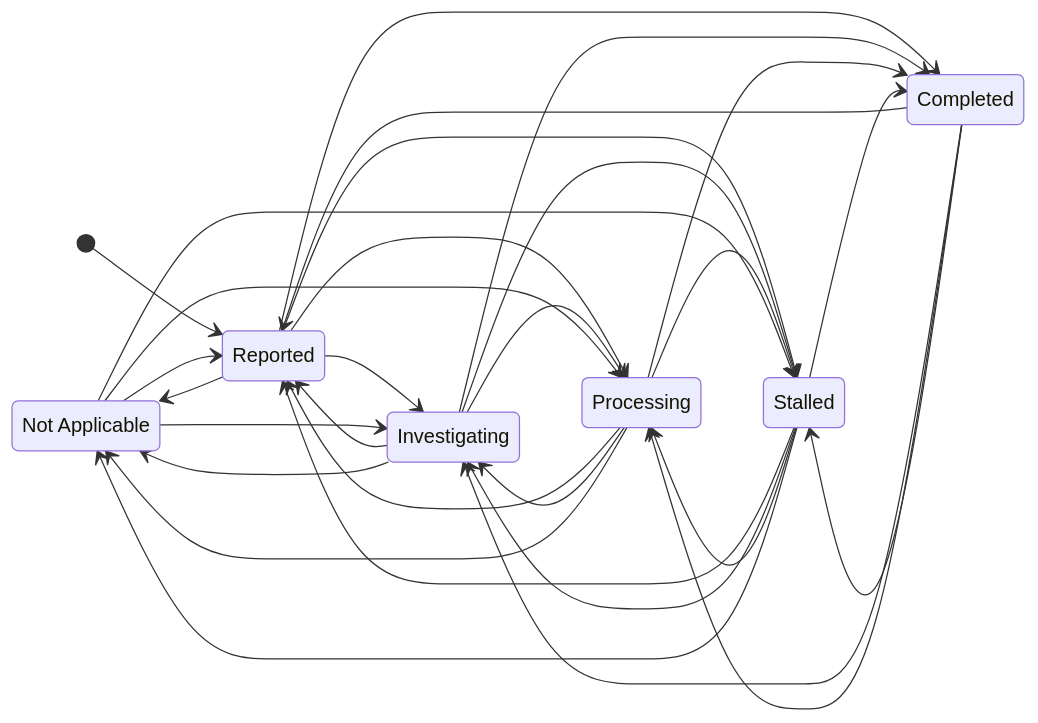
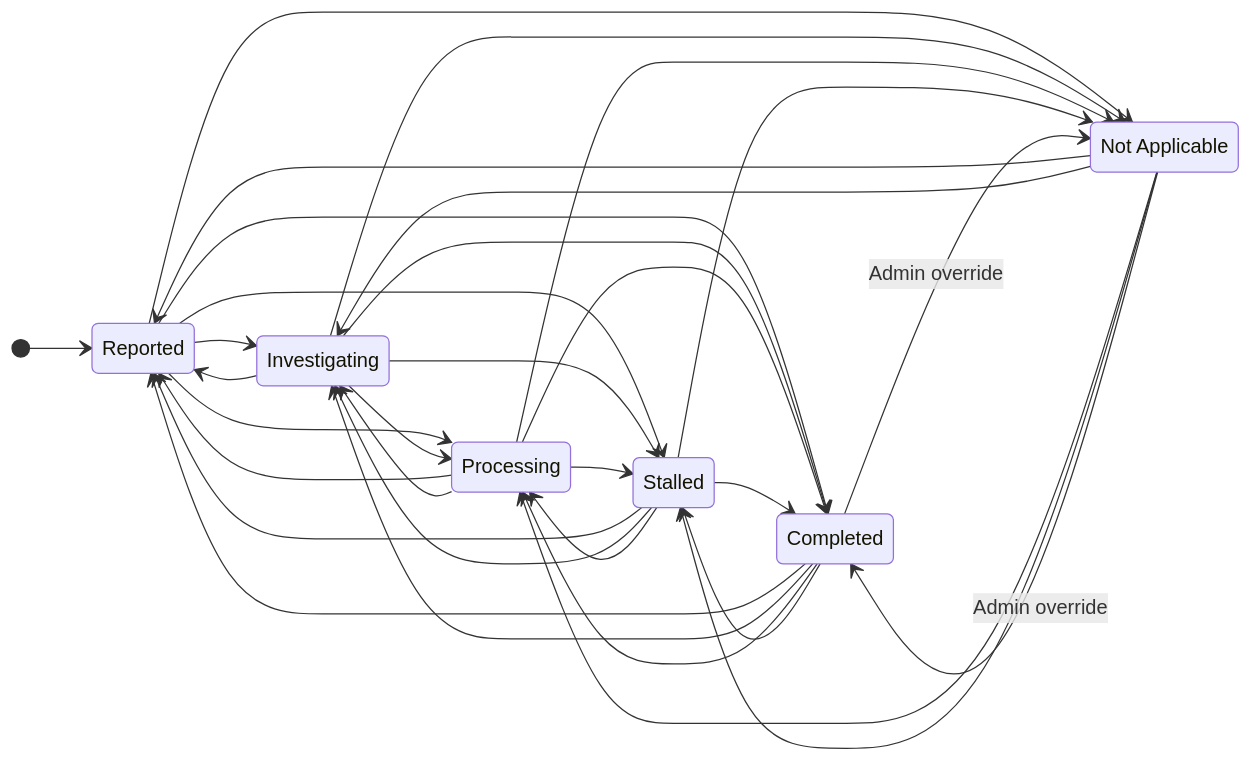
The first of 2 diagrams in src/content/docs/core/api/status-transitions.md (adelaine/9l-sre), drawn with Mermaid before and after one commit. The commit also changed other lines of this file and 9 other files, not shown here.

````diff
--- a/src/content/docs/core/api/status-transitions.md
+++ b/src/content/docs/core/api/status-transitions.md
@@ -39,34 +41,41 @@
 ```mermaid
 stateDiagram-v2
     direction LR
+    state "Reported" as Reported
+    state "Investigating" as Investigating
+    state "Processing" as Processing
+    state "Stalled" as Stalled
+    state "Completed" as Completed
     state "Not Applicable" as NotApplicable
     [*] --> Reported
     Reported --> Investigating
     Reported --> Processing
     Reported --> Stalled
     Reported --> Completed
     Reported --> NotApplicable
     Investigating --> Reported
     Investigating --> Processing
     Investigating --> Stalled
     Investigating --> Completed
     Investigating --> NotApplicable
     Processing --> Reported
     Processing --> Investigating
     Processing --> Stalled
     Processing --> Completed
     Processing --> NotApplicable
     Stalled --> Reported
     Stalled --> Investigating
     Stalled --> Processing
     Stalled --> Completed
     Stalled --> NotApplicable
     Completed --> Reported
     Completed --> Investigating
     Completed --> Processing
     Completed --> Stalled
+    Completed --> NotApplicable: Admin override
     NotApplicable --> Reported
     NotApplicable --> Investigating
     NotApplicable --> Processing
     NotApplicable --> Stalled
+    NotApplicable --> Completed: Admin override
 ```
````
